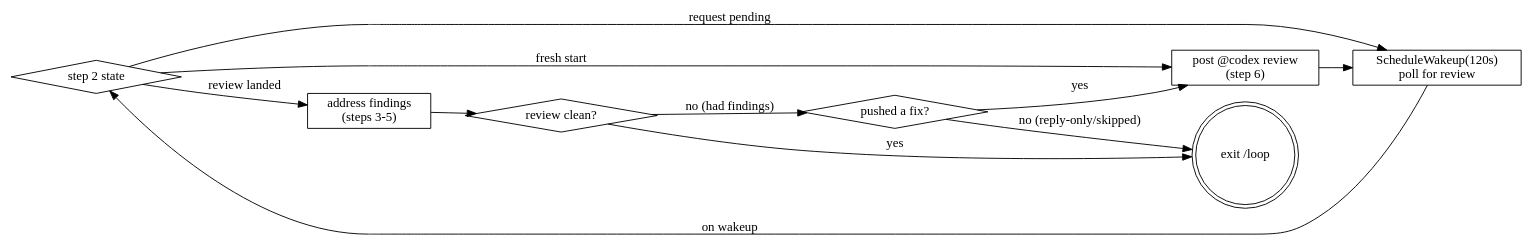
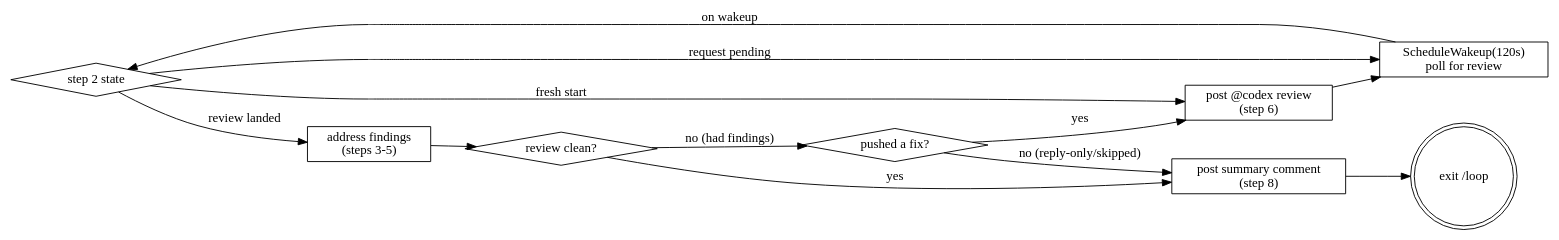
One commit to jnelken/claude-skills changed the diagram in skills/cycle-review-pr/SKILL.md. Above: the diagram before and after it, drawn with Graphviz. The commit also changed other lines of this file, not shown here.

Commit message:
cycle-review-pr: require a PR summary comment on exit (step 8)

````diff
--- a/skills/cycle-review-pr/SKILL.md
+++ b/skills/cycle-review-pr/SKILL.md
@@ -253,23 +253,25 @@
 ```dot
 digraph cycle {
   rankdir=LR;
   "state?" [shape=diamond, label="step 2 state"];
   "trigger" [shape=box, label="post @codex review\n(step 6)"];
   "wait" [shape=box, label="ScheduleWakeup(120s)\npoll for review"];
   "process" [shape=box, label="address findings\n(steps 3-5)"];
   "changed?" [shape=diamond, label="pushed a fix?"];
   "clean?" [shape=diamond, label="review clean?"];
   "exit" [shape=doublecircle, label="exit /loop"];
 
   "state?" -> "trigger" [label="fresh start"];
   "state?" -> "wait" [label="request pending"];
   "state?" -> "process" [label="review landed"];
   "trigger" -> "wait";
   "wait" -> "state?" [label="on wakeup"];
   "process" -> "clean?";
-  "clean?" -> "exit" [label="yes"];
+  "summary" [shape=box, label="post summary comment\n(step 8)"];
+  "clean?" -> "summary" [label="yes"];
   "clean?" -> "changed?" [label="no (had findings)"];
   "changed?" -> "trigger" [label="yes"];
-  "changed?" -> "exit" [label="no (reply-only/skipped)"];
+  "changed?" -> "summary" [label="no (reply-only/skipped)"];
+  "summary" -> "exit";
 }
 ```
````
